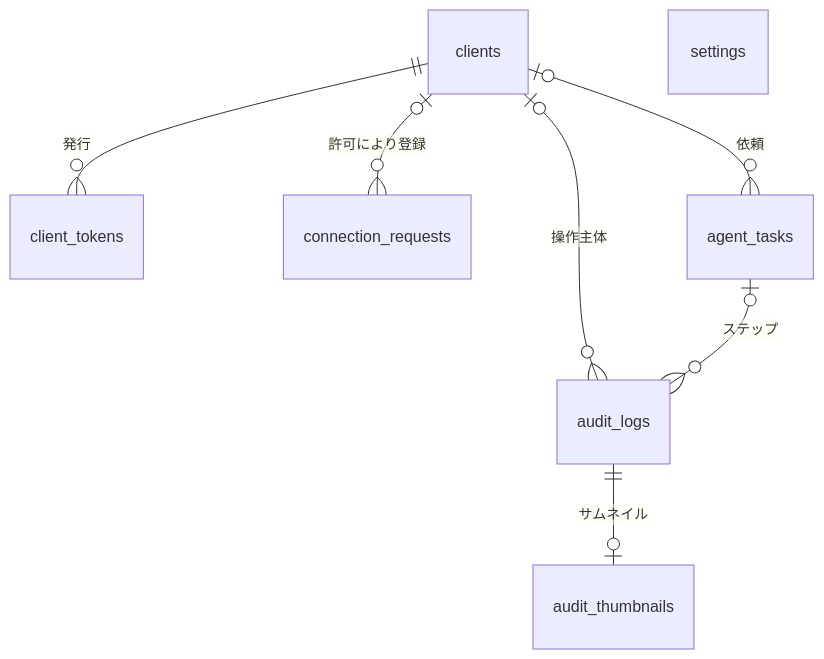
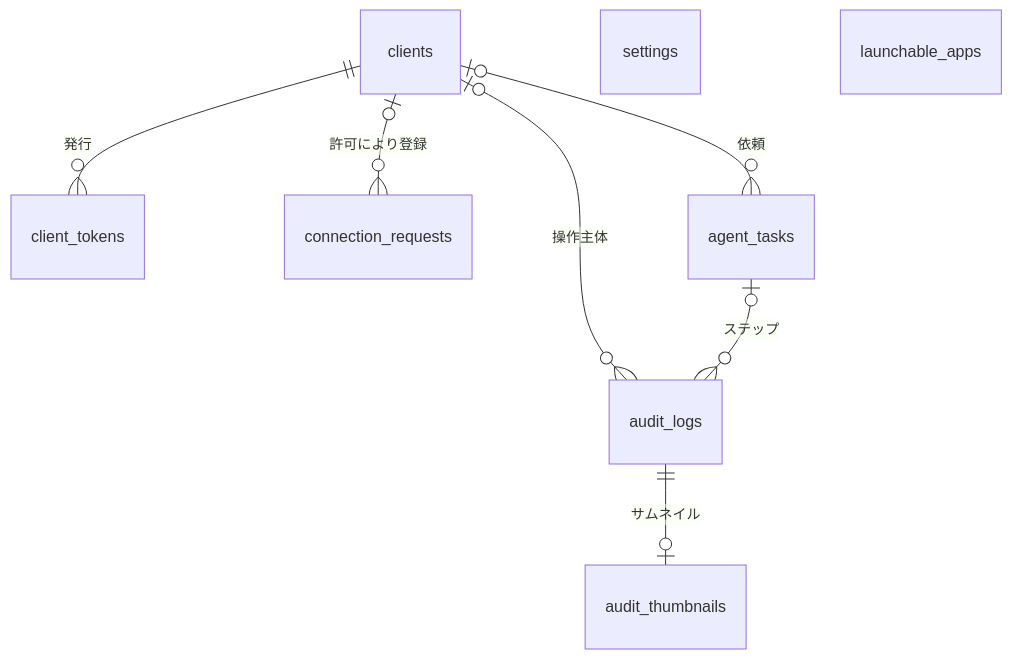
The first of 9 diagrams in docs/architecture/er.md (ousiassllc/puppet-remo), drawn with Mermaid before and after one commit. The commit also changed other lines of this file and 8 other files, not shown here.

First line of the commit message:
docs: 起動許可リストと launch_app / list_launchable_apps の仕様を追加（M1.5）

````diff
--- a/docs/architecture/er.md
+++ b/docs/architecture/er.md
@@ -22,10 +22,11 @@
 ```mermaid
 erDiagram
     clients ||--o{ client_tokens : "発行"
     clients |o--o{ audit_logs : "操作主体"
     clients |o--o{ connection_requests : "許可により登録"
     clients |o--o{ agent_tasks : "依頼"
     agent_tasks |o--o{ audit_logs : "ステップ"
     audit_logs ||--o| audit_thumbnails : "サムネイル"
     settings
+    launchable_apps
 ```
````
